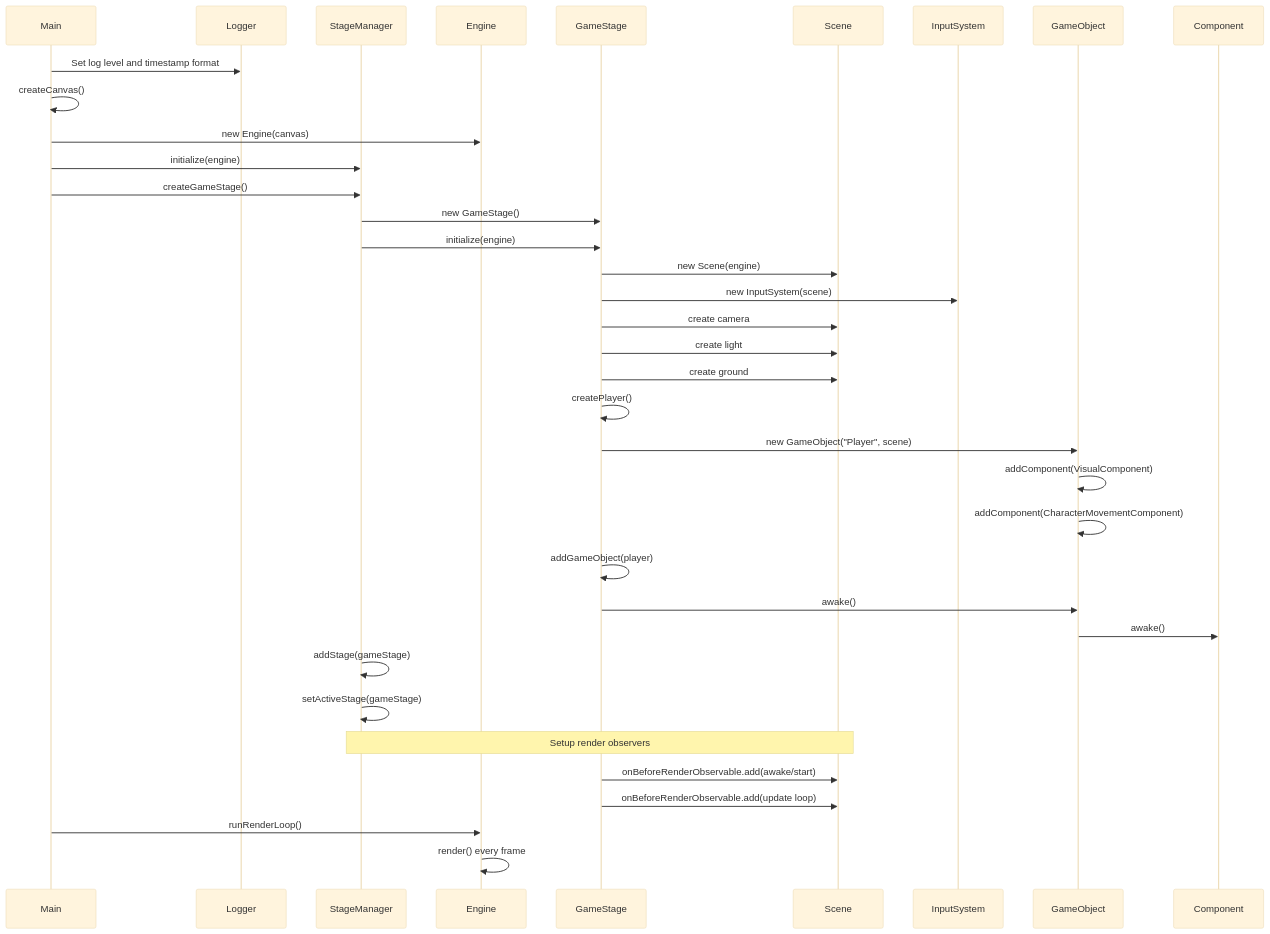
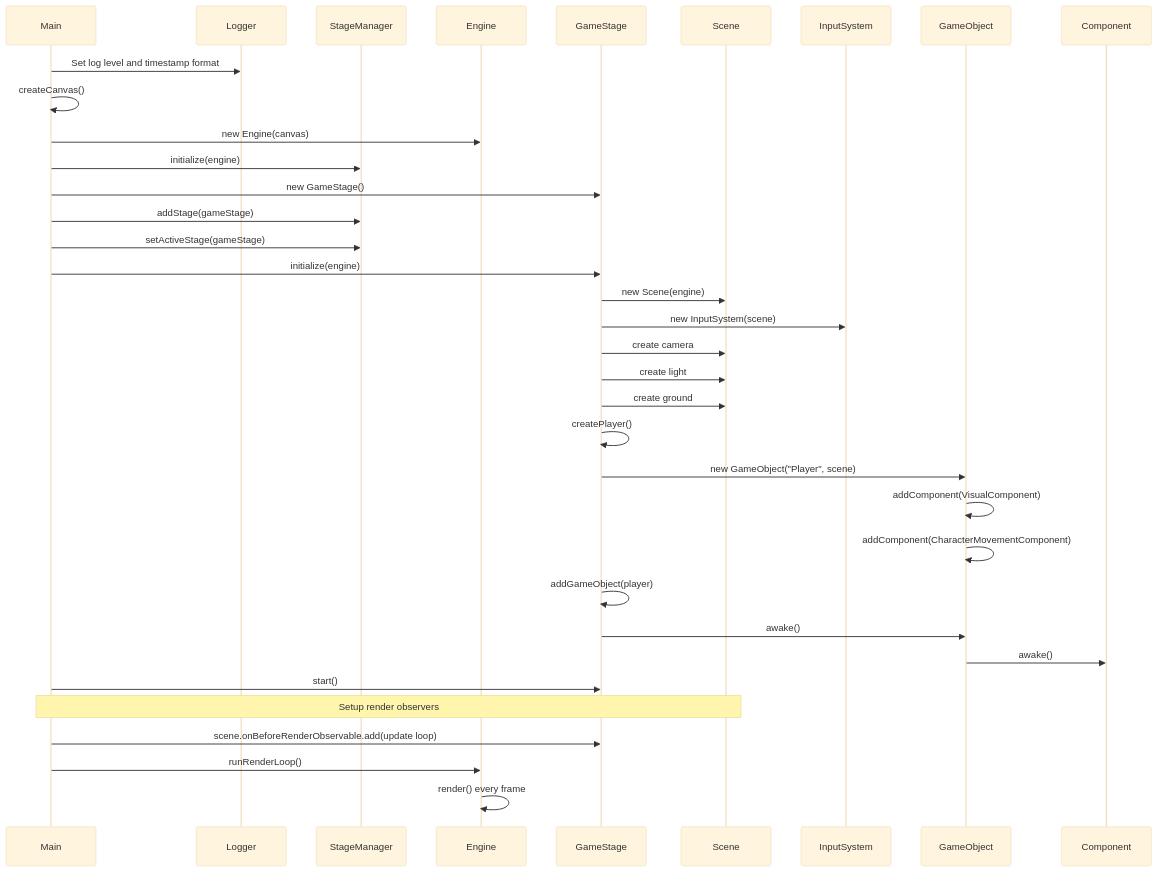
One commit to Corysia/kitchen-chaos changed the second of 4 diagrams in DOCUMENTATION.md. Above: the diagram before and after it, drawn with Mermaid (base theme). The commit also changed other lines of this file and 3 other files, not shown here.

````diff
--- a/DOCUMENTATION.md
+++ b/DOCUMENTATION.md
@@ -580,46 +583,45 @@
 ```mermaid
 sequenceDiagram
     participant Main
     participant Logger
     participant StageManager
     participant Engine
     participant GameStage
     participant Scene
     participant InputSystem
     participant GameObject
     
     Main->>Logger: Set log level and timestamp format
     Main->>Main: createCanvas()
     Main->>Engine: new Engine(canvas)
     Main->>StageManager: initialize(engine)
     
-    Main->>StageManager: createGameStage()
-    StageManager->>GameStage: new GameStage()
-    StageManager->>GameStage: initialize(engine)
+    Main->>GameStage: new GameStage()
+    Main->>StageManager: addStage(gameStage)
+    Main->>StageManager: setActiveStage(gameStage)
+    Main->>GameStage: initialize(engine)
     
     GameStage->>Scene: new Scene(engine)
     GameStage->>InputSystem: new InputSystem(scene)
     
     GameStage->>Scene: create camera
     GameStage->>Scene: create light
     GameStage->>Scene: create ground
     
     GameStage->>GameStage: createPlayer()
     GameStage->>GameObject: new GameObject("Player", scene)
     GameObject->>GameObject: addComponent(VisualComponent)
     GameObject->>GameObject: addComponent(CharacterMovementComponent)
     GameStage->>GameStage: addGameObject(player)
     
     GameStage->>GameObject: awake()
     GameObject->>Component: awake()
     
-    StageManager->>StageManager: addStage(gameStage)
-    StageManager->>StageManager: setActiveStage(gameStage)
+    Main->>GameStage: start()
     
-    Note over StageManager,Scene: Setup render observers
-    GameStage->>Scene: onBeforeRenderObservable.add(awake/start)
-    GameStage->>Scene: onBeforeRenderObservable.add(update loop)
+    Note over Main,Scene: Setup render observers
+    Main->>GameStage: scene.onBeforeRenderObservable.add(update loop)
     
     Main->>Engine: runRenderLoop()
     Engine->>Engine: render() every frame
 ```
````
